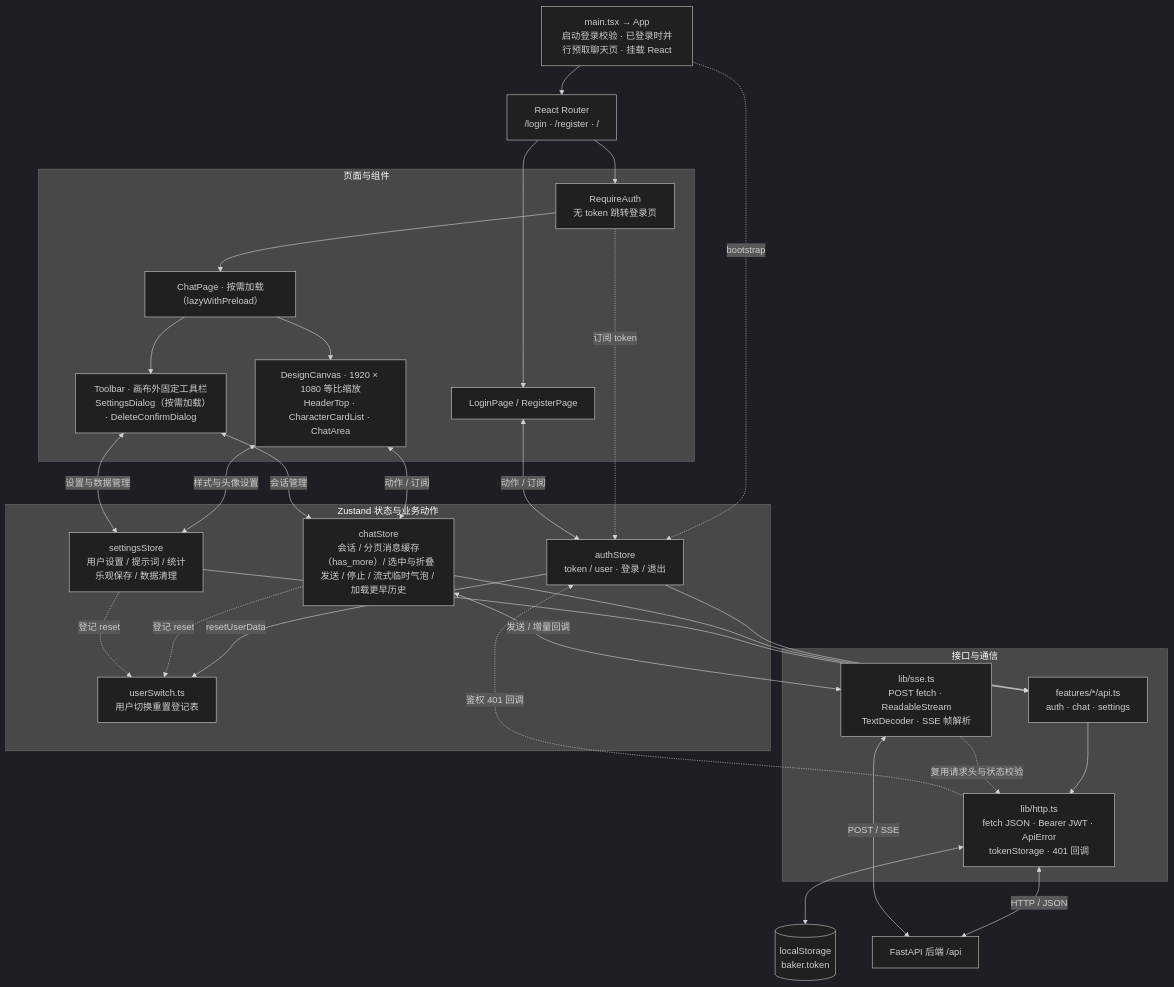
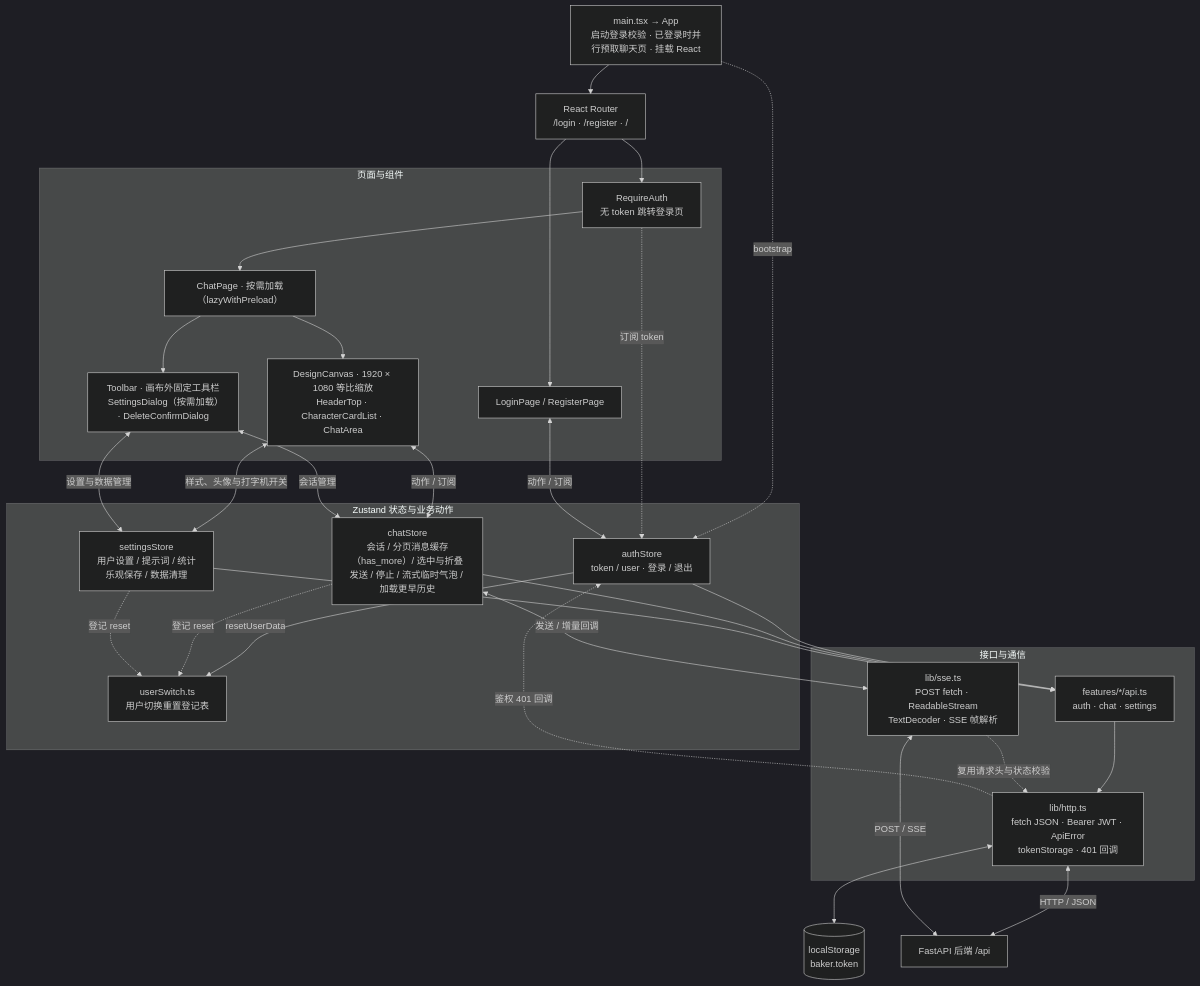
One commit to Youri2000/baker-chat changed the first of 3 diagrams in docs/diagrams/frontend-architecture.md. Above: the diagram before and after it, drawn with Mermaid (dark theme). The commit also changed other lines of this file and 7 other files, not shown here.

````diff
--- a/docs/diagrams/frontend-architecture.md
+++ b/docs/diagrams/frontend-architecture.md
@@ -7,56 +7,56 @@
 ```mermaid
 flowchart TB
     Entry["main.tsx → App<br/>启动登录校验 · 已登录时并行预取聊天页 · 挂载 React"]
     Router["React Router<br/>/login · /register · /"]
 
     subgraph UI["页面与组件"]
         AuthUI["LoginPage / RegisterPage"]
         Guard["RequireAuth<br/>无 token 跳转登录页"]
         Page["ChatPage · 按需加载（lazyWithPreload）"]
         Canvas["DesignCanvas · 1920 × 1080 等比缩放<br/>HeaderTop · CharacterCardList · ChatArea"]
         Tools["Toolbar · 画布外固定工具栏<br/>SettingsDialog（按需加载）· DeleteConfirmDialog"]
     end
 
     subgraph State["Zustand 状态与业务动作"]
         Auth["authStore<br/>token / user · 登录 / 退出"]
         Chat["chatStore<br/>会话 / 分页消息缓存（has_more）/ 选中与折叠<br/>发送 / 停止 / 流式临时气泡 / 加载更早历史"]
         Settings["settingsStore<br/>用户设置 / 提示词 / 统计<br/>乐观保存 / 数据清理"]
         Switch["userSwitch.ts<br/>用户切换重置登记表"]
     end
 
     subgraph Network["接口与通信"]
         API["features/*/api.ts<br/>auth · chat · settings"]
         HTTP["lib/http.ts<br/>fetch JSON · Bearer JWT · ApiError<br/>tokenStorage · 401 回调"]
         SSE["lib/sse.ts<br/>POST fetch · ReadableStream<br/>TextDecoder · SSE 帧解析"]
     end
 
     Local[("localStorage<br/>baker.token")]
     Backend["FastAPI 后端 /api"]
 
     Entry --> Router
     Entry -.->|"bootstrap"| Auth
     Router --> AuthUI
     Router --> Guard
     Guard --> Page
     Guard -.->|"订阅 token"| Auth
     Page --> Canvas
     Page --> Tools
     AuthUI <-->|"动作 / 订阅"| Auth
     Canvas <-->|"动作 / 订阅"| Chat
-    Canvas <-->|"样式与头像设置"| Settings
+    Canvas <-->|"样式、头像与打字机开关"| Settings
     Tools <-->|"会话管理"| Chat
     Tools <-->|"设置与数据管理"| Settings
     Auth -->|"resetUserData"| Switch
     Chat -.->|"登记 reset"| Switch
     Settings -.->|"登记 reset"| Switch
     Auth --> API
     Chat --> API
     Settings --> API
     API --> HTTP
     Chat <-->|"发送 / 增量回调"| SSE
     SSE -.->|"复用请求头与状态校验"| HTTP
     HTTP <--> Local
     HTTP <-->|"HTTP / JSON"| Backend
     SSE <-->|"POST / SSE"| Backend
     HTTP -.->|"鉴权 401 回调"| Auth
 ```
````
